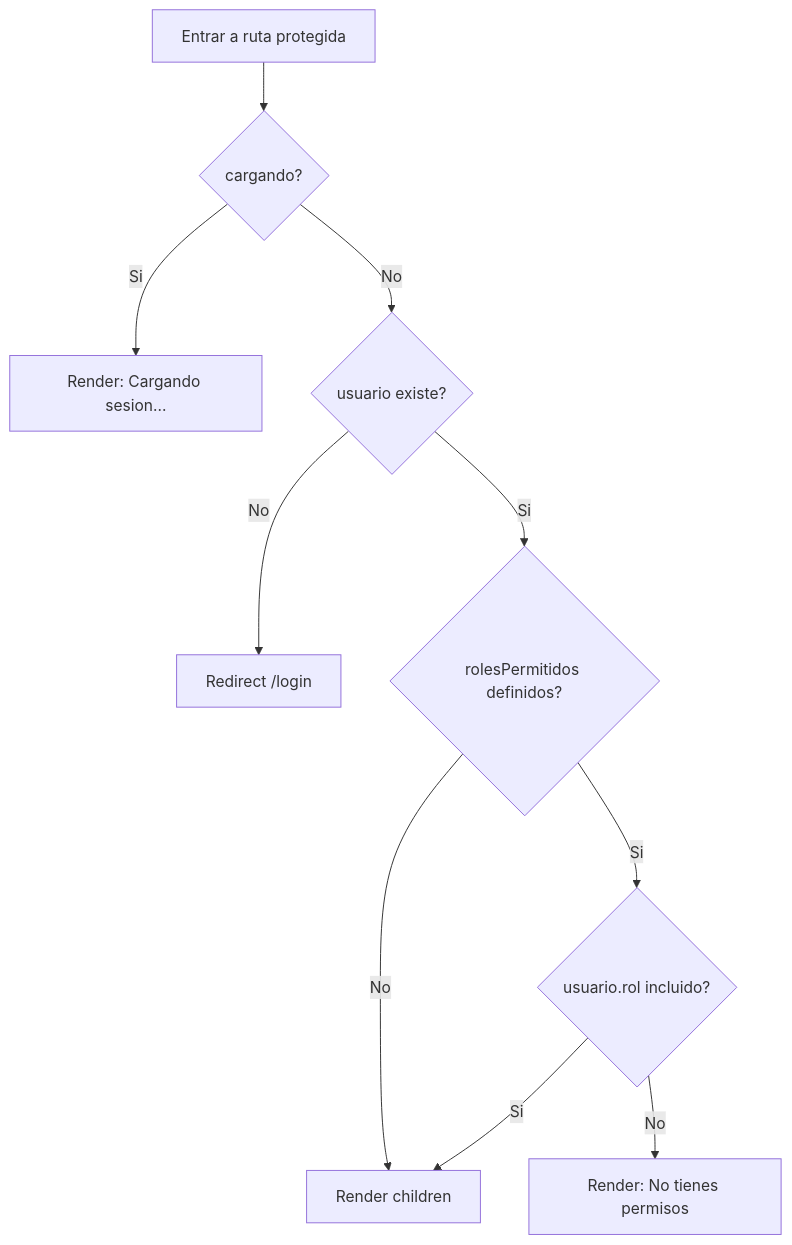
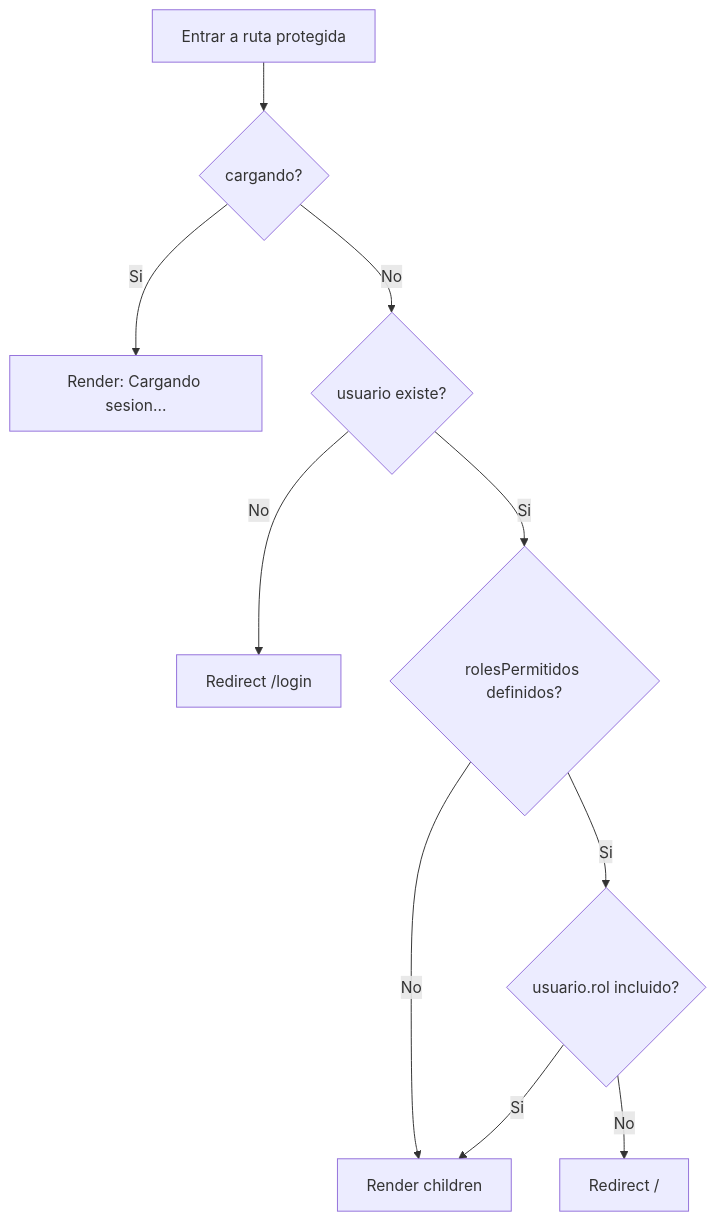
One commit to Dtcsrni/proyecto_MERN changed the fourth of 7 diagrams in client/proyectos_vite/login-react-mern/docs/DIAGRAMAS_FUNCIONAMIENTO.md. Above: the diagram before and after it, drawn with Mermaid. The commit also changed other lines of this file and 14 other files, not shown here.

First line of the commit message:
Add diagrams for authentication flow and user management

````diff
--- a/client/proyectos_vite/login-react-mern/docs/DIAGRAMAS_FUNCIONAMIENTO.md
+++ b/client/proyectos_vite/login-react-mern/docs/DIAGRAMAS_FUNCIONAMIENTO.md
@@ -67,12 +79,12 @@
 ```mermaid
 flowchart TD
     I[Entrar a ruta protegida] --> Q{cargando?}
     Q -- Si --> L[Render: Cargando sesion...]
     Q -- No --> S{usuario existe?}
     S -- No --> R[Redirect /login]
     S -- Si --> P{rolesPermitidos definidos?}
     P -- No --> OK[Render children]
     P -- Si --> H{usuario.rol incluido?}
     H -- Si --> OK
-    H -- No --> N[Render: No tienes permisos]
+    H -- No --> N[Redirect /]
 ```
````
